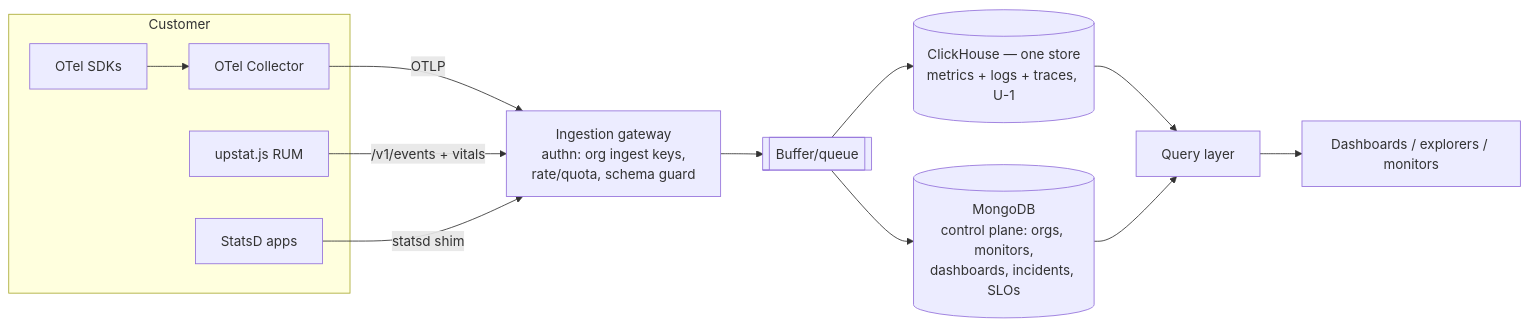
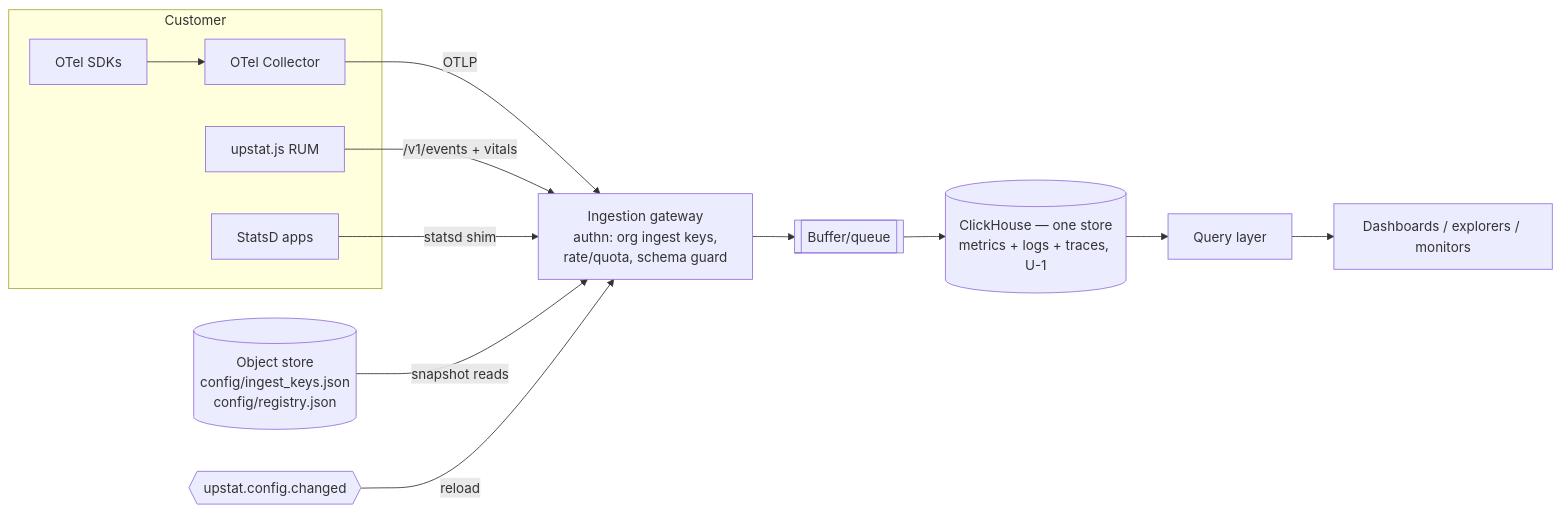
One commit to cuesoftinc/upstat changed the sixth of 6 diagrams in docs/architecture.md. Above: the diagram before and after it, drawn with Mermaid. The commit also changed other lines of this file and 5 other files, not shown here.

````diff
--- a/docs/architecture.md
+++ b/docs/architecture.md
@@ -209,17 +249,17 @@
 ```mermaid
 flowchart LR
     subgraph Customer
         SDK[OTel SDKs] --> COL[OTel Collector]
         JS[upstat.js RUM]
         AGENTLESS[StatsD apps]
     end
     COL -->|OTLP| GW[Ingestion gateway<br/>authn: org ingest keys,<br/>rate/quota, schema guard]
     JS -->|/v1/events + vitals| GW
     AGENTLESS -->|statsd shim| GW
+    STORE[(Object store<br/>config/ingest_keys.json<br/>config/registry.json)] -->|snapshot reads| GW
+    Kafka{{upstat.config.changed}} -->|reload| GW
     GW --> BUF[[Buffer/queue]]
     BUF --> CH[(ClickHouse — one store<br/>metrics + logs + traces, U-1)]
-    BUF --> MG[(MongoDB<br/>control plane: orgs, monitors,<br/>dashboards, incidents, SLOs)]
     CH --> Q[Query layer]
-    MG --> Q
     Q --> APP[Dashboards / explorers / monitors]
 ```
````
